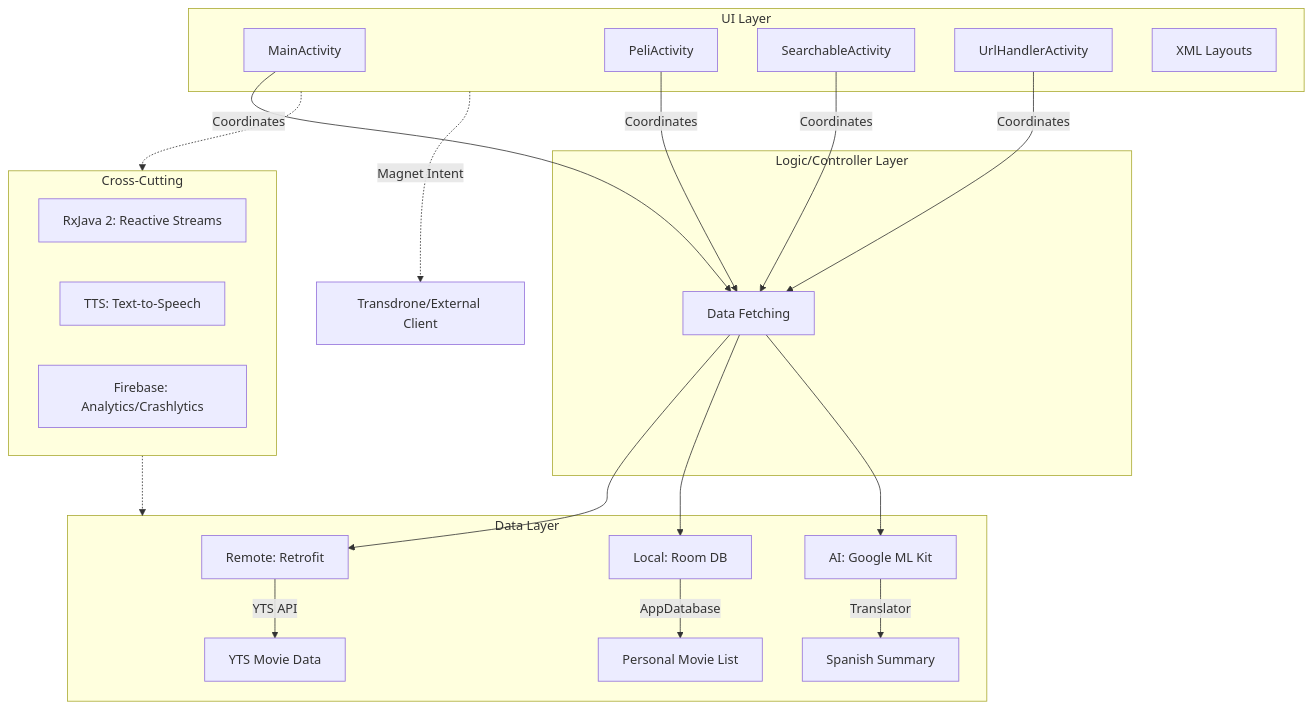
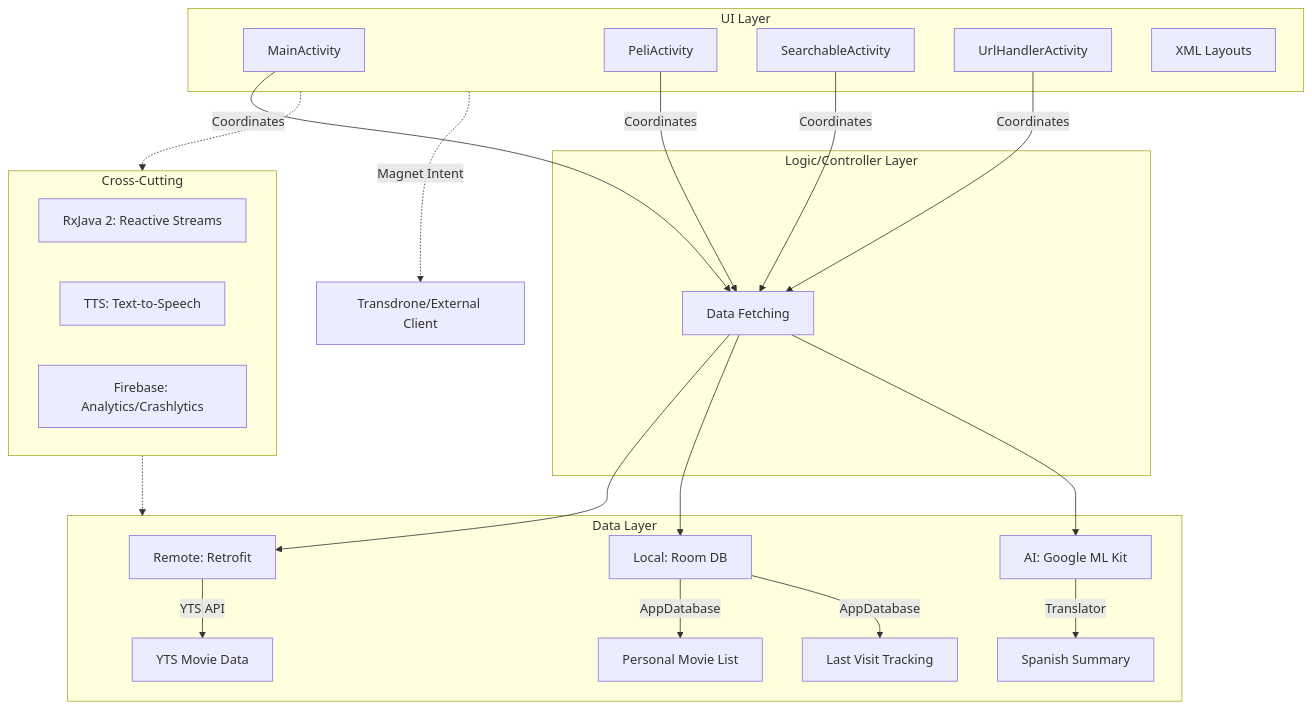
Before and after one commit to martinrevert/LaTorrentola: the first of 4 diagrams in README.md, drawn with Mermaid. The commit also changed other lines of this file, not shown here.

````diff
--- a/README.md
+++ b/README.md
@@ -20,37 +20,38 @@
 ```mermaid
 graph TD
     subgraph UI_Layer [UI Layer]
         A[MainActivity]
         B[PeliActivity]
         C[SearchableActivity]
         D[UrlHandlerActivity]
         E[XML Layouts]
     end
 
     subgraph Logic_Layer [Logic/Controller Layer]
         A -->|Coordinates| F[Data Fetching]
         B -->|Coordinates| F
         C -->|Coordinates| F
         D -->|Coordinates| F
     end
 
     subgraph Data_Layer [Data Layer]
         F --> G[Remote: Retrofit]
         F --> H[Local: Room DB]
         F --> I[AI: Google ML Kit]
         
         G -->|YTS API| J[YTS Movie Data]
         H -->|AppDatabase| L[Personal Movie List]
+        H -->|AppDatabase| LR[Last Visit Tracking]
         I -->|Translator| M[Spanish Summary]
     end
 
     subgraph Cross_Cutting [Cross-Cutting]
         N[RxJava 2: Reactive Streams]
         O[TTS: Text-to-Speech]
         P[Firebase: Analytics/Crashlytics]
     end
 
     UI_Layer -.-> Cross_Cutting
     Cross_Cutting -.-> Data_Layer
     UI_Layer -.->|Magnet Intent| Q[Transdrone/External Client]
 ```
````
